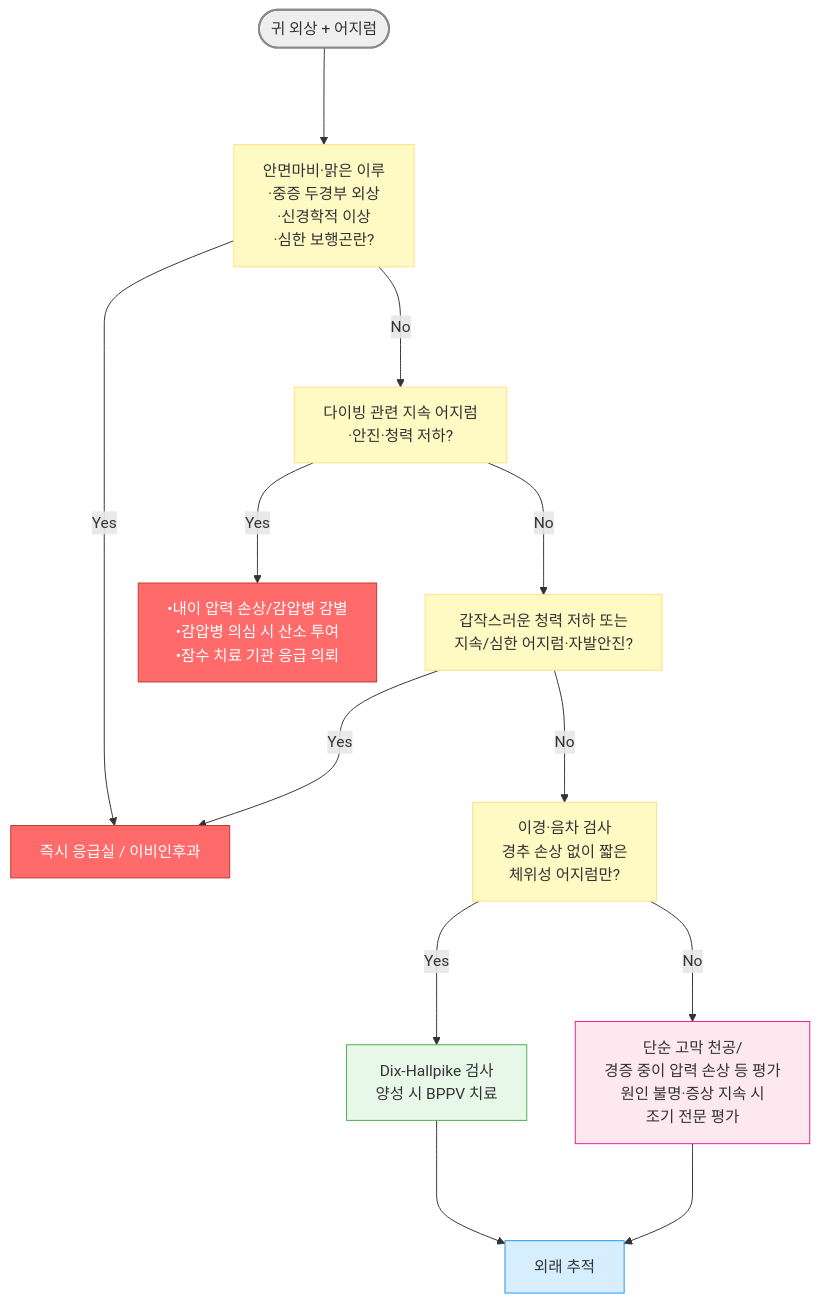
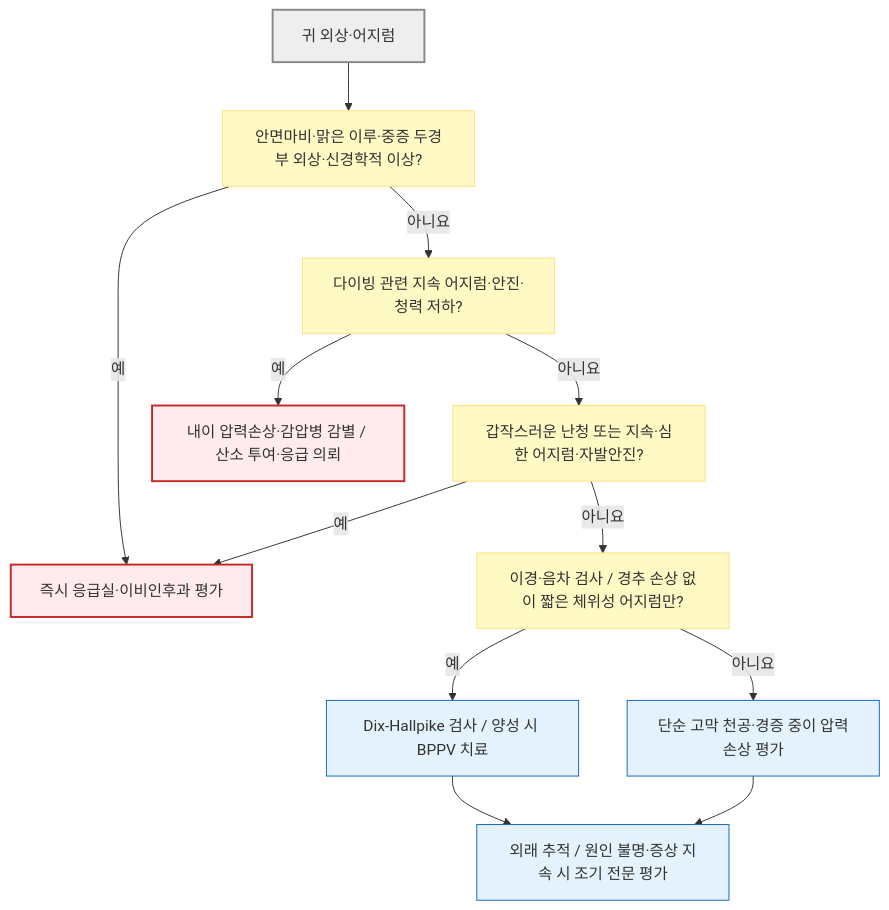
Before and after one commit to familyoh77/familyoh77: the first of 2 diagrams in 222_/049_-ear-injury.md, drawn with Mermaid. The commit also changed other lines of this file and 13 other files, not shown here.

````diff
--- a/222_/049_-ear-injury.md
+++ b/222_/049_-ear-injury.md
@@ -46,23 +46,22 @@
 ```mermaid
 flowchart TD
-    A([귀 외상 + 어지럼]) ---> R["안면마비·맑은 이루<br>·중증 두경부 외상<br>·신경학적 이상<br>·심한 보행곤란?"]
-    R --->|Yes| ER[즉시 응급실 / 이비인후과]
-    R --->|No| D["다이빙 관련 지속 어지럼<br>·안진·청력 저하?"]
-    D --->|Yes| Dive["•내이 압력 손상/감압병 감별<br>•감압병 의심 시 산소 투여<br>•잠수 치료 기관 응급 의뢰"]
-    D --->|No| B["갑작스러운 청력 저하 또는 <br>지속/심한 어지럼·자발안진?"]
-    B --->|Yes| ER
-    B --->|No| E["이경·음차 검사<br>경추 손상 없이 짧은 <br>체위성 어지럼만?"]
-    E --->|Yes| G["Dix-Hallpike 검사<br>양성 시 BPPV 치료"]
-    E --->|No| H["단순 고막 천공/<br>경증 중이 압력 손상 등 평가<br>원인 불명·증상 지속 시 <br>조기 전문 평가"]
-    H ---> K[외래 추적]
-    G ---> K
-    style A fill:#eeeeee,stroke:#888888,stroke-width:2px
-    style ER fill:#ff6b6b,stroke:#c0392b,color:#fff
-    style Dive fill:#ff6b6b,stroke:#c0392b,color:#fff
-    style G fill:#e8f8e8,stroke:#4caf50
-    style K fill:#d6eeff,stroke:#2196f3
-    classDef yellow fill:#fff9c4,stroke:#ffe082
-    class R,D,B,E yellow
-    classDef pink fill:#fde8f0,stroke:#e91e8c
-    class H pink
+    A["귀 외상·어지럼"] --> R["안면마비·맑은 이루·중증 두경부 외상·신경학적 이상?"]
+    R -- "예" --> ER["즉시 응급실·이비인후과 평가"]
+    R -- "아니요" --> D["다이빙 관련 지속 어지럼·안진·청력 저하?"]
+    D -- "예" --> Dive["내이 압력손상·감압병 감별 / 산소 투여·응급 의뢰"]
+    D -- "아니요" --> B["갑작스러운 난청 또는 지속·심한 어지럼·자발안진?"]
+    B -- "예" --> ER
+    B -- "아니요" --> E["이경·음차 검사 / 경추 손상 없이 짧은 체위성 어지럼만?"]
+    E -- "예" --> G["Dix-Hallpike 검사 / 양성 시 BPPV 치료"]
+    E -- "아니요" --> H["단순 고막 천공·경증 중이 압력손상 평가"]
+    H --> K["외래 추적 / 원인 불명·증상 지속 시 조기 전문 평가"]
+    G --> K
+    classDef start fill:#eee,stroke:#888,stroke-width:2px
+    classDef decision fill:#fff9c4,stroke:#ffe082
+    classDef urgent fill:#ffebee,stroke:#c62828,stroke-width:2px
+    classDef action fill:#e3f2fd,stroke:#1565c0
+    class A start
+    class R,D,B,E decision
+    class ER,Dive urgent
+    class G,H,K action
 ```
````
